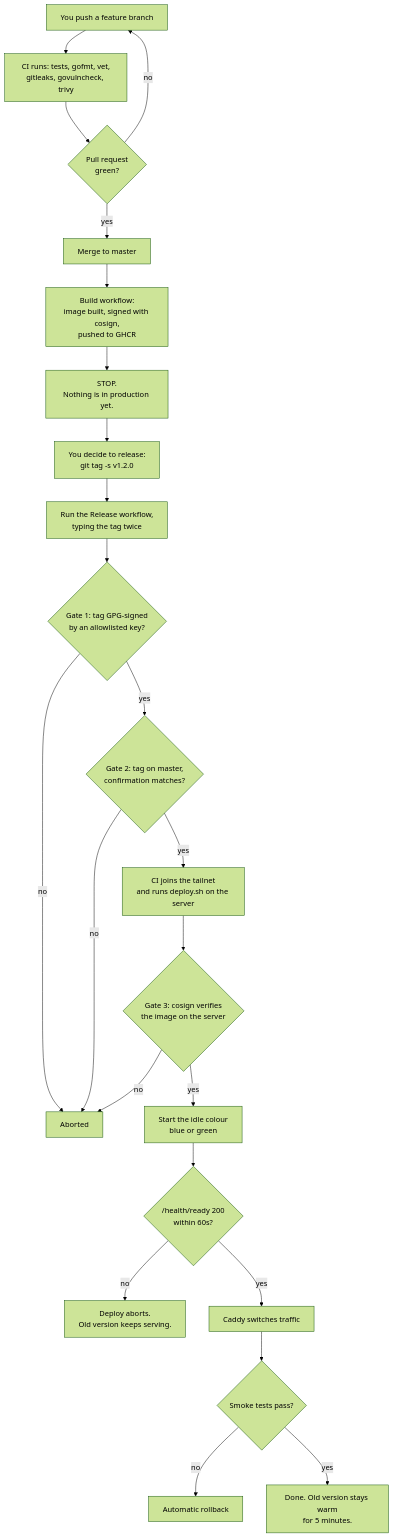
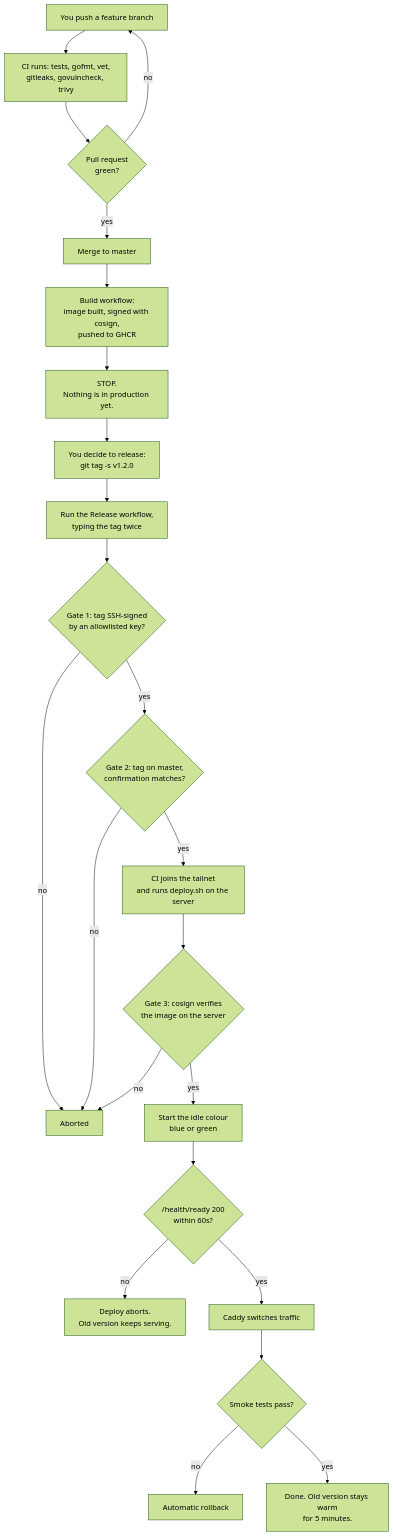
The diagram in docs/DEPLOYMENT_GUIDE.md (M-awais-rasool/DeenQuest), drawn with Mermaid (forest theme) before and after one commit. The commit also changed other lines of this file and 9 other files, not shown here.

First line of the commit message:
Bootstrap script for post-boot setup, and SSH-signed release tags (#12)

````diff
--- a/docs/DEPLOYMENT_GUIDE.md
+++ b/docs/DEPLOYMENT_GUIDE.md
@@ -28,26 +28,26 @@
 ```mermaid
 flowchart TD
     A["You push a feature branch"] --> B["CI runs: tests, gofmt, vet,<br/>gitleaks, govulncheck, trivy"]
     B --> C{"Pull request<br/>green?"}
     C -->|no| A
     C -->|yes| D["Merge to master"]
     D --> E["Build workflow:<br/>image built, signed with cosign,<br/>pushed to GHCR"]
     E --> F["STOP.<br/>Nothing is in production yet."]
 
     F --> G["You decide to release:<br/>git tag -s v1.2.0"]
     G --> H["Run the Release workflow,<br/>typing the tag twice"]
-    H --> I{"Gate 1: tag GPG-signed<br/>by an allowlisted key?"}
+    H --> I{"Gate 1: tag SSH-signed<br/>by an allowlisted key?"}
     I -->|no| X["Aborted"]
     I -->|yes| J{"Gate 2: tag on master,<br/>confirmation matches?"}
     J -->|no| X
     J -->|yes| K["CI joins the tailnet<br/>and runs deploy.sh on the server"]
     K --> L{"Gate 3: cosign verifies<br/>the image on the server"}
     L -->|no| X
     L -->|yes| M["Start the idle colour<br/>blue or green"]
     M --> N{"/health/ready 200<br/>within 60s?"}
     N -->|no| Y["Deploy aborts.<br/>Old version keeps serving."]
     N -->|yes| O["Caddy switches traffic"]
     O --> P{"Smoke tests pass?"}
     P -->|no| Z["Automatic rollback"]
     P -->|yes| Q["Done. Old version stays warm<br/>for 5 minutes."]
 ```
````
